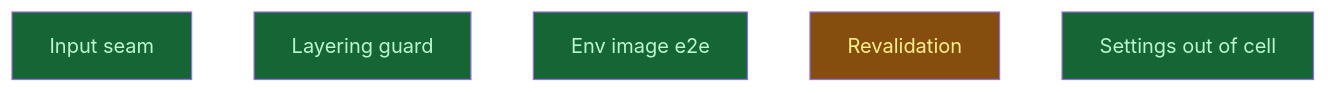
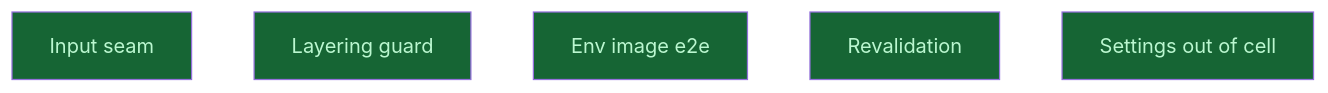
Before and after one commit to CrackingShells/Candler: the diagram in __roadmap__/m2c-wire-alignment/consumers/closeout/README.md, drawn with Mermaid. The commit also changed other lines of this file and 4 other files, not shown here.

````diff
--- a/__roadmap__/m2c-wire-alignment/consumers/closeout/README.md
+++ b/__roadmap__/m2c-wire-alignment/consumers/closeout/README.md
@@ -21,13 +21,13 @@
 ```mermaid
 graph TD
     input_seam[Input seam]:::done
     layering_guard[Layering guard]:::done
     env_image_e2e[Env image e2e]:::done
-    revalidation[Revalidation]:::inprogress
+    revalidation[Revalidation]:::done
     settings_out_of_cell[Settings out of cell]:::done
     classDef done       fill:#166534,color:#bbf7d0
     classDef inprogress fill:#854d0e,color:#fef08a
     classDef planned    fill:#374151,color:#e5e7eb
     classDef amendment  fill:#1e3a5f,color:#bfdbfe
     classDef blocked    fill:#7f1d1d,color:#fecaca
 ```
````
